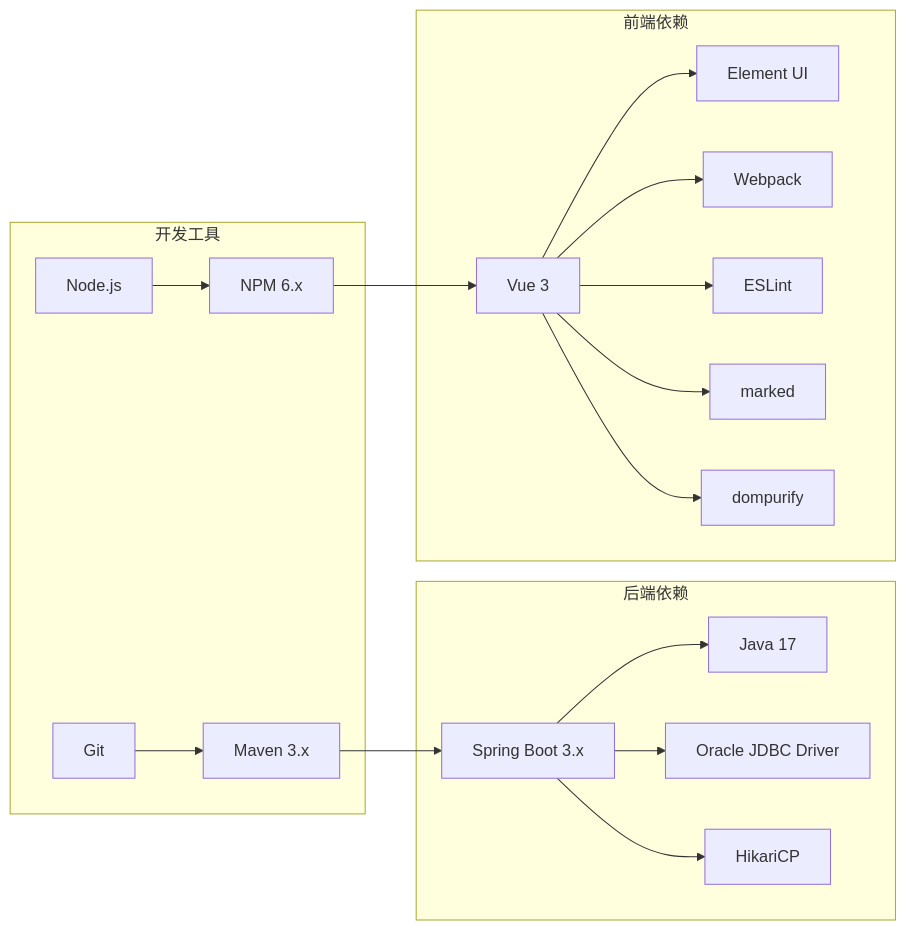
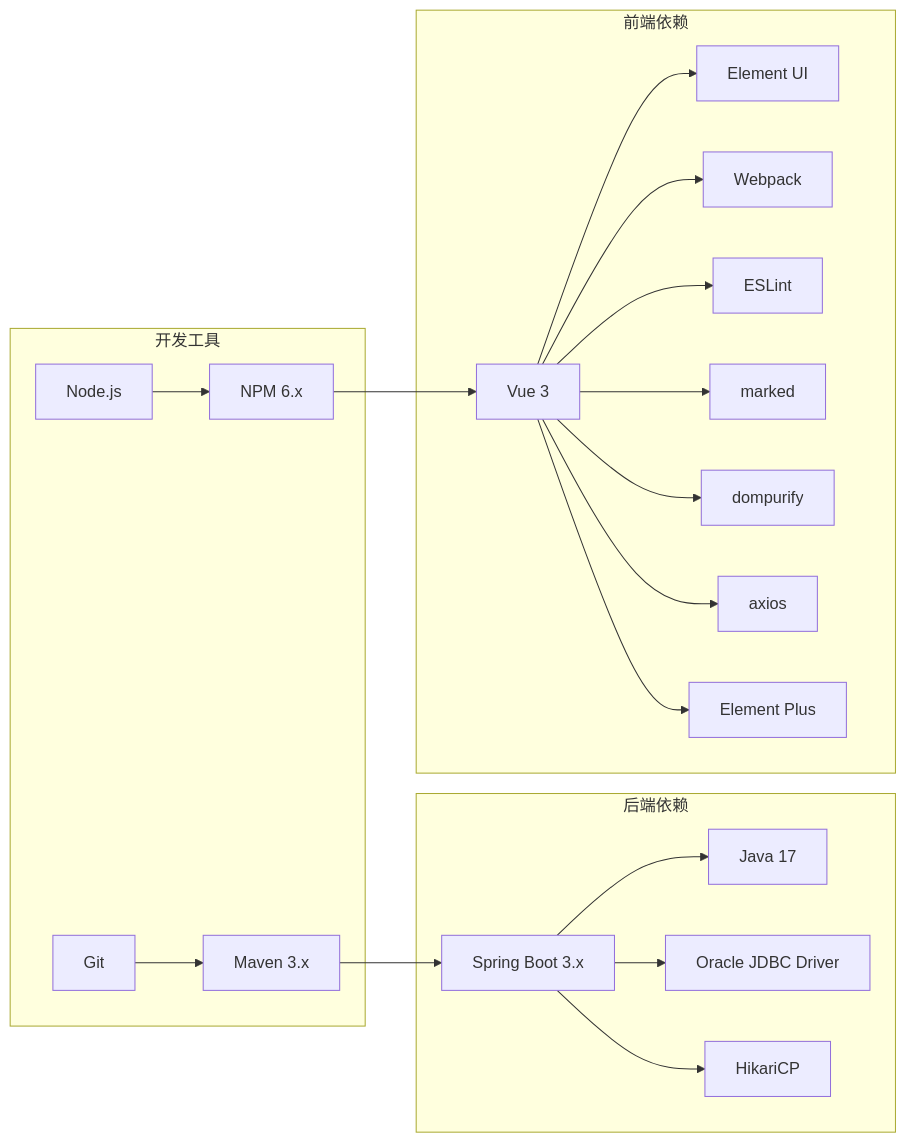
Diagram 30 of 31 in .qoder/repowiki/zh/content/Update Summary/Update Summary.md (liuzh2008/med_ai_assistant_workspace), drawn with Mermaid before and after one commit. The commit also changed other lines of this file and 4 other files, not shown here.

````diff
--- a/.qoder/repowiki/zh/content/Update Summary/Update Summary.md
+++ b/.qoder/repowiki/zh/content/Update Summary/Update Summary.md
@@ -779,35 +1197,39 @@
 ```mermaid
 graph LR
 subgraph "开发工具"
 A[Maven 3.x]
 B[NPM 6.x]
 C[Node.js]
 D[Git]
 end
 subgraph "后端依赖"
 E[Spring Boot 3.x]
 F[Java 17]
 G[Oracle JDBC Driver]
 H[HikariCP]
 end
 subgraph "前端依赖"
 I[Vue 3]
 J[Element UI]
 K[Webpack]
 L[ESLint]
 M[marked]
 N[dompurify]
+O[axios]
+P[Element Plus]
 end
 A --> E
 B --> I
 C --> B
 D --> A
 E --> F
 E --> G
 E --> H
 I --> J
 I --> K
 I --> L
 I --> M
 I --> N
+I --> O
+I --> P
 ```
````
